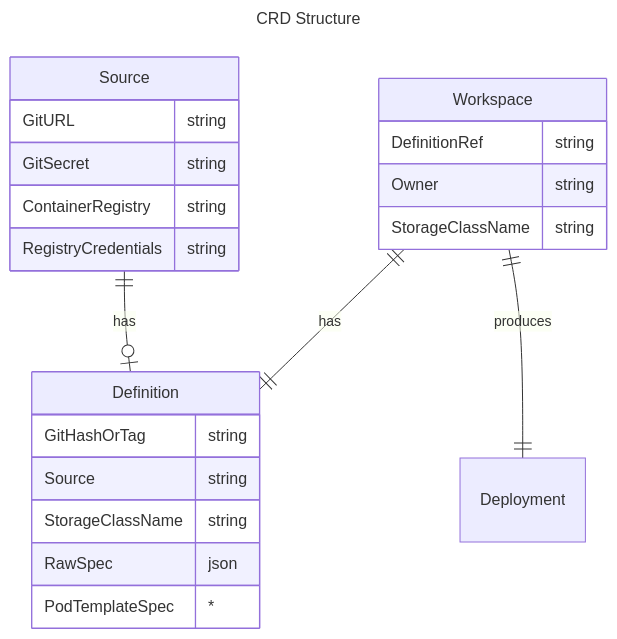
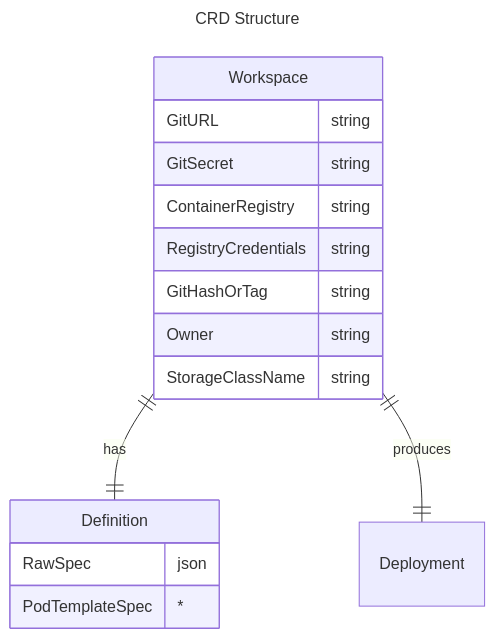
One commit to everproc/devcontainer-operator changed the first of 2 diagrams in development.md. Above: the diagram before and after it, drawn with Mermaid. The commit also changed other lines of this file and 10 other files, not shown here.

````diff
--- a/development.md
+++ b/development.md
@@ -10,28 +10,22 @@
 ```mermaid
 ---
 title: CRD Structure
 ---
 erDiagram
-    Source ||--o| Definition : has
     Workspace ||--|| Definition : has
     Workspace ||--|| Deployment : produces
 
-	Source {
-		GitURL string
-		GitSecret string
-        ContainerRegistry string
-        RegistryCredentials string
-	}
 	Definition {
-		GitHashOrTag string
-        Source string
-        StorageClassName string
 		RawSpec json
 		PodTemplateSpec *
 	}
 	Workspace {
-		DefinitionRef string
+    GitURL string
+		GitSecret string
+    ContainerRegistry string
+    RegistryCredentials string
+		GitHashOrTag string
 		Owner string
-        StorageClassName string
+    StorageClassName string
 	}
 ```
````
